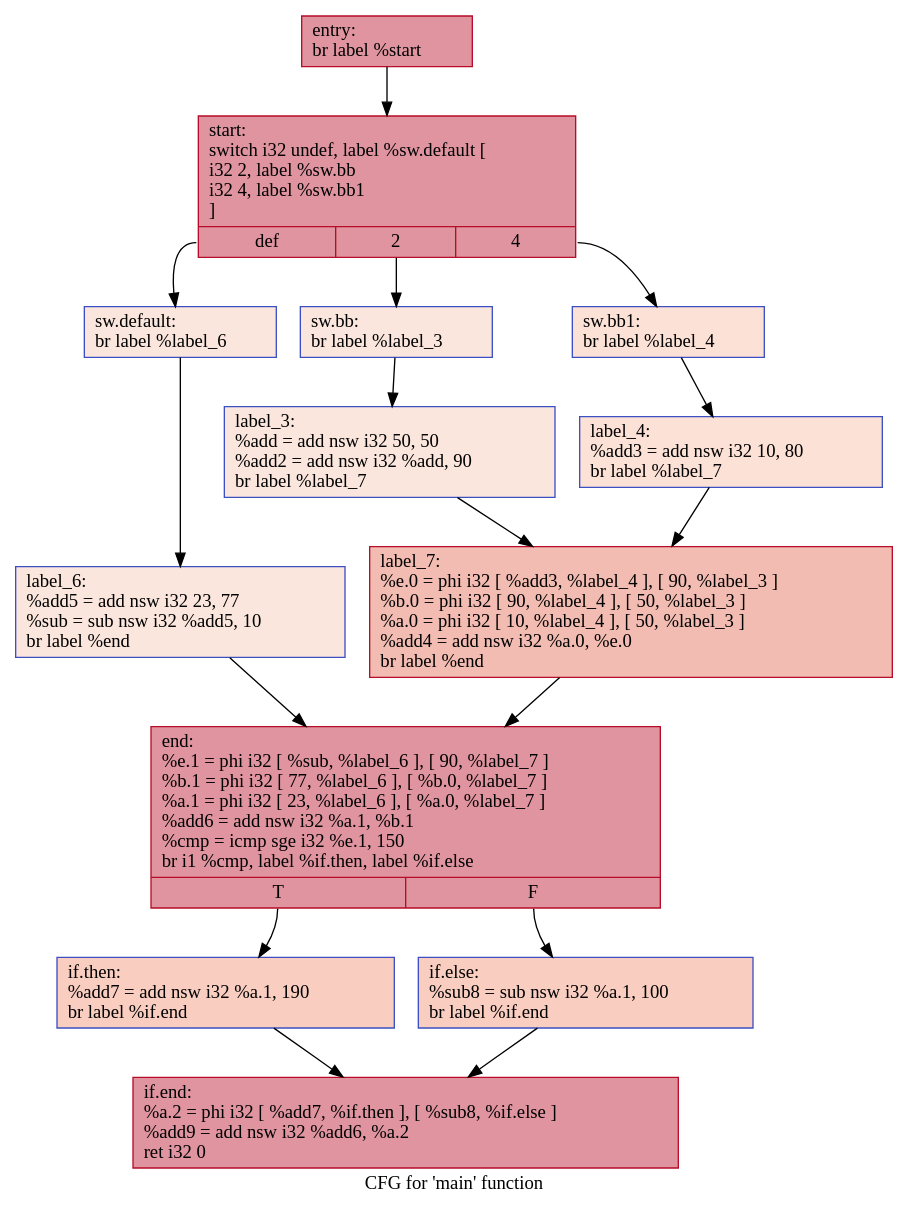
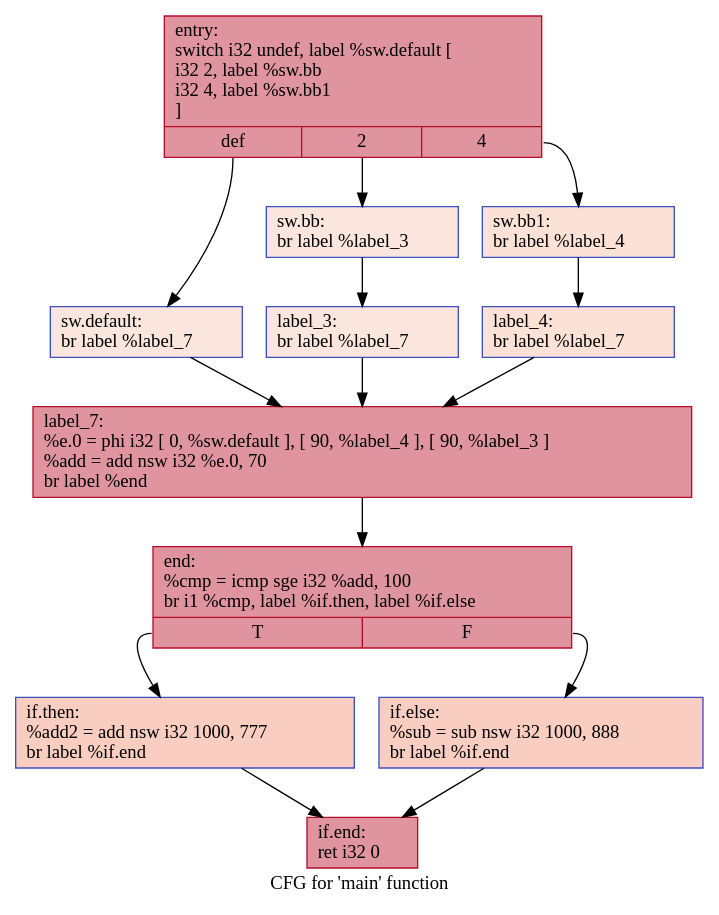
One commit to HPSSA-LLVM/HPSSA-LLVM changed the diagram in IR/cfg/baseline.dot. Above: the diagram before and after it, drawn with Graphviz. The commit also changed 37 other files, not shown here.

```diff
--- a/IR/cfg/baseline.dot
+++ b/IR/cfg/baseline.dot
@@ -1,32 +1,28 @@
 digraph "CFG for 'main' function" {
 	label="CFG for 'main' function";
 
-	Node0x5650fbdb5a30 [shape=record,color="#b70d28ff", style=filled, fillcolor="#b70d2870",label="{entry:\l  br label %start\l}"];
-	Node0x5650fbdb5a30 -> Node0x5650fbdb5b60;
-	Node0x5650fbdb5b60 [shape=record,color="#b70d28ff", style=filled, fillcolor="#b70d2870",label="{start:                                            \l  switch i32 undef, label %sw.default [\l    i32 2, label %sw.bb\l    i32 4, label %sw.bb1\l  ]\l|{<s0>def|<s1>2|<s2>4}}"];
-	Node0x5650fbdb5b60:s0 -> Node0x5650fbdb6070;
-	Node0x5650fbdb5b60:s1 -> Node0x5650fbdb60f0;
-	Node0x5650fbdb5b60:s2 -> Node0x5650fbdb6190;
-	Node0x5650fbdb60f0 [shape=record,color="#3d50c3ff", style=filled, fillcolor="#f3c7b170",label="{sw.bb:                                            \l  br label %label_3\l}"];
-	Node0x5650fbdb60f0 -> Node0x5650fbdb6320;
-	Node0x5650fbdb6190 [shape=record,color="#3d50c3ff", style=filled, fillcolor="#f7bca170",label="{sw.bb1:                                           \l  br label %label_4\l}"];
-	Node0x5650fbdb6190 -> Node0x5650fbdb6400;
-	Node0x5650fbdb6070 [shape=record,color="#3d50c3ff", style=filled, fillcolor="#f3c7b170",label="{sw.default:                                       \l  br label %label_6\l}"];
-	Node0x5650fbdb6070 -> Node0x5650fbdb64e0;
-	Node0x5650fbdb6320 [shape=record,color="#3d50c3ff", style=filled, fillcolor="#f3c7b170",label="{label_3:                                          \l  %add = add nsw i32 50, 50\l  %add2 = add nsw i32 %add, 90\l  br label %label_7\l}"];
-	Node0x5650fbdb6320 -> Node0x5650fbdb6780;
-	Node0x5650fbdb6400 [shape=record,color="#3d50c3ff", style=filled, fillcolor="#f7bca170",label="{label_4:                                          \l  %add3 = add nsw i32 10, 80\l  br label %label_7\l}"];
-	Node0x5650fbdb6400 -> Node0x5650fbdb6780;
-	Node0x5650fbdb6780 [shape=record,color="#b70d28ff", style=filled, fillcolor="#e1675170",label="{label_7:                                          \l  %e.0 = phi i32 [ %add3, %label_4 ], [ 90, %label_3 ]\l  %b.0 = phi i32 [ 90, %label_4 ], [ 50, %label_3 ]\l  %a.0 = phi i32 [ 10, %label_4 ], [ 50, %label_3 ]\l  %add4 = add nsw i32 %a.0, %e.0\l  br label %end\l}"];
-	Node0x5650fbdb6780 -> Node0x5650fbdb6de0;
-	Node0x5650fbdb64e0 [shape=record,color="#3d50c3ff", style=filled, fillcolor="#f3c7b170",label="{label_6:                                          \l  %add5 = add nsw i32 23, 77\l  %sub = sub nsw i32 %add5, 10\l  br label %end\l}"];
-	Node0x5650fbdb64e0 -> Node0x5650fbdb6de0;
-	Node0x5650fbdb6de0 [shape=record,color="#b70d28ff", style=filled, fillcolor="#b70d2870",label="{end:                                              \l  %e.1 = phi i32 [ %sub, %label_6 ], [ 90, %label_7 ]\l  %b.1 = phi i32 [ 77, %label_6 ], [ %b.0, %label_7 ]\l  %a.1 = phi i32 [ 23, %label_6 ], [ %a.0, %label_7 ]\l  %add6 = add nsw i32 %a.1, %b.1\l  %cmp = icmp sge i32 %e.1, 150\l  br i1 %cmp, label %if.then, label %if.else\l|{<s0>T|<s1>F}}"];
-	Node0x5650fbdb6de0:s0 -> Node0x5650fbdb7490;
-	Node0x5650fbdb6de0:s1 -> Node0x5650fbdb7880;
-	Node0x5650fbdb7490 [shape=record,color="#3d50c3ff", style=filled, fillcolor="#f2907270",label="{if.then:                                          \l  %add7 = add nsw i32 %a.1, 190\l  br label %if.end\l}"];
-	Node0x5650fbdb7490 -> Node0x5650fbdb7ae0;
-	Node0x5650fbdb7880 [shape=record,color="#3d50c3ff", style=filled, fillcolor="#f2907270",label="{if.else:                                          \l  %sub8 = sub nsw i32 %a.1, 100\l  br label %if.end\l}"];
-	Node0x5650fbdb7880 -> Node0x5650fbdb7ae0;
-	Node0x5650fbdb7ae0 [shape=record,color="#b70d28ff", style=filled, fillcolor="#b70d2870",label="{if.end:                                           \l  %a.2 = phi i32 [ %add7, %if.then ], [ %sub8, %if.else ]\l  %add9 = add nsw i32 %add6, %a.2\l  ret i32 0\l}"];
+	Node0x56502203a770 [shape=record,color="#b70d28ff", style=filled, fillcolor="#b70d2870",label="{entry:\l  switch i32 undef, label %sw.default [\l    i32 2, label %sw.bb\l    i32 4, label %sw.bb1\l  ]\l|{<s0>def|<s1>2|<s2>4}}"];
+	Node0x56502203a770:s0 -> Node0x56502203acd0;
+	Node0x56502203a770:s1 -> Node0x56502203ad50;
+	Node0x56502203a770:s2 -> Node0x56502203adf0;
+	Node0x56502203ad50 [shape=record,color="#3d50c3ff", style=filled, fillcolor="#f3c7b170",label="{sw.bb:                                            \l  br label %label_3\l}"];
+	Node0x56502203ad50 -> Node0x56502203af80;
+	Node0x56502203adf0 [shape=record,color="#3d50c3ff", style=filled, fillcolor="#f7bca170",label="{sw.bb1:                                           \l  br label %label_4\l}"];
+	Node0x56502203adf0 -> Node0x56502203b060;
+	Node0x56502203acd0 [shape=record,color="#3d50c3ff", style=filled, fillcolor="#f3c7b170",label="{sw.default:                                       \l  br label %label_7\l}"];
+	Node0x56502203acd0 -> Node0x56502203b140;
+	Node0x56502203af80 [shape=record,color="#3d50c3ff", style=filled, fillcolor="#f3c7b170",label="{label_3:                                          \l  br label %label_7\l}"];
+	Node0x56502203af80 -> Node0x56502203b140;
+	Node0x56502203b060 [shape=record,color="#3d50c3ff", style=filled, fillcolor="#f7bca170",label="{label_4:                                          \l  br label %label_7\l}"];
+	Node0x56502203b060 -> Node0x56502203b140;
+	Node0x56502203b140 [shape=record,color="#b70d28ff", style=filled, fillcolor="#b70d2870",label="{label_7:                                          \l  %e.0 = phi i32 [ 0, %sw.default ], [ 90, %label_4 ], [ 90, %label_3 ]\l  %add = add nsw i32 %e.0, 70\l  br label %end\l}"];
+	Node0x56502203b140 -> Node0x56502203b500;
+	Node0x56502203b500 [shape=record,color="#b70d28ff", style=filled, fillcolor="#b70d2870",label="{end:                                              \l  %cmp = icmp sge i32 %add, 100\l  br i1 %cmp, label %if.then, label %if.else\l|{<s0>T|<s1>F}}"];
+	Node0x56502203b500:s0 -> Node0x56502203b6c0;
+	Node0x56502203b500:s1 -> Node0x56502203b730;
+	Node0x56502203b6c0 [shape=record,color="#3d50c3ff", style=filled, fillcolor="#f2907270",label="{if.then:                                          \l  %add2 = add nsw i32 1000, 777\l  br label %if.end\l}"];
+	Node0x56502203b6c0 -> Node0x56502203bb00;
+	Node0x56502203b730 [shape=record,color="#3d50c3ff", style=filled, fillcolor="#f2907270",label="{if.else:                                          \l  %sub = sub nsw i32 1000, 888\l  br label %if.end\l}"];
+	Node0x56502203b730 -> Node0x56502203bb00;
+	Node0x56502203bb00 [shape=record,color="#b70d28ff", style=filled, fillcolor="#b70d2870",label="{if.end:                                           \l  ret i32 0\l}"];
 }
```
